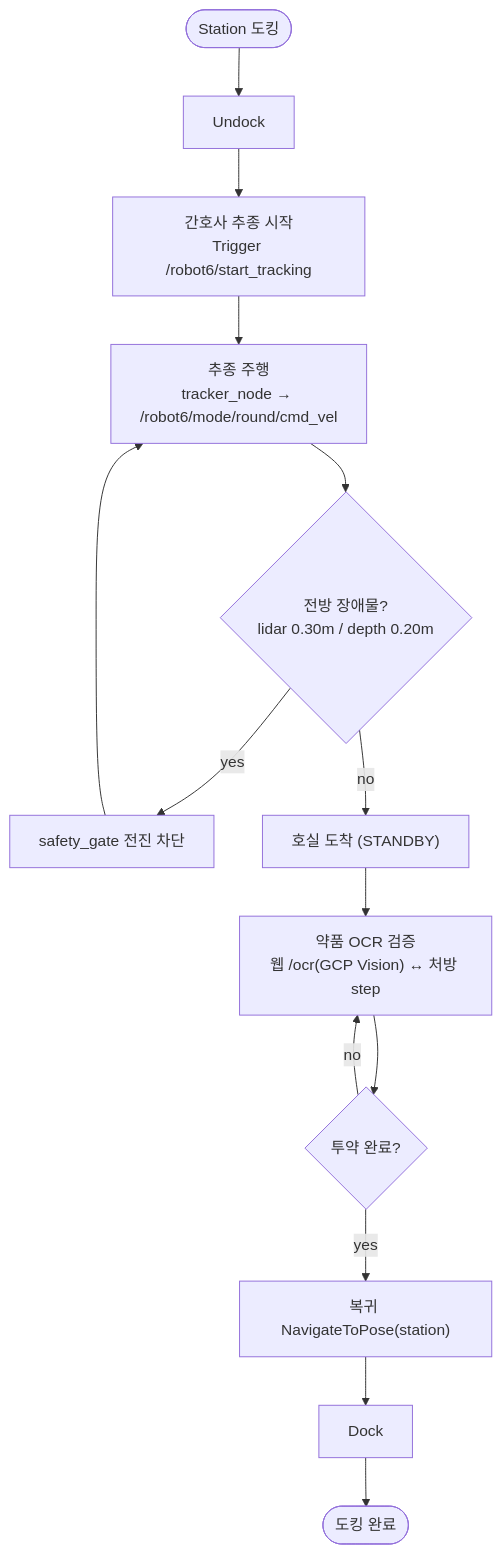
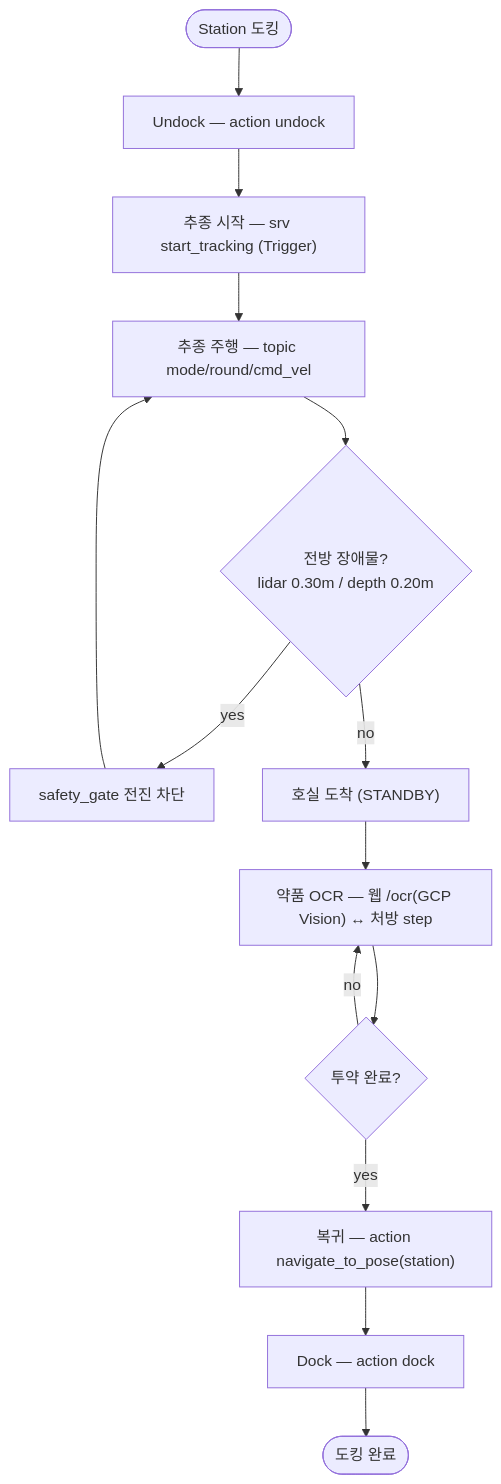
Diagram 14 of 15 in docs/architecture/05_mermaid_architecture.md (yevettee/MediCart), drawn with Mermaid before and after one commit. The commit also changed other lines of this file, not shown here.

Commit message:
docs(arch): 노드 역할(발행/구독/서비스/액션) + 통신 종류(topic/srv/action) 주석 + 범례·시퀀스·노드역할표 + cmd 큐우회 경로

````diff
--- a/docs/architecture/05_mermaid_architecture.md
+++ b/docs/architecture/05_mermaid_architecture.md
@@ -239,14 +364,14 @@
 ```mermaid
 flowchart TD
-  B0([Station 도킹]) --> BU["Undock"]
-  BU --> TR["간호사 추종 시작<br/>Trigger /robot6/start_tracking"]
-  TR --> FOL["추종 주행<br/>tracker_node → /robot6/mode/round/cmd_vel"]
+  B0([Station 도킹]) --> BU["Undock — action undock"]
+  BU --> TR["추종 시작 — srv start_tracking (Trigger)"]
+  TR --> FOL["추종 주행 — topic mode/round/cmd_vel"]
   FOL --> GATE{"전방 장애물?<br/>lidar 0.30m / depth 0.20m"}
   GATE -- yes --> STOP["safety_gate 전진 차단"] --> FOL
   GATE -- no --> ARR["호실 도착 (STANDBY)"]
-  ARR --> SC["약품 OCR 검증<br/>웹 /ocr(GCP Vision) ↔ 처방 step"]
+  ARR --> SC["약품 OCR — 웹 /ocr(GCP Vision) ↔ 처방 step"]
   SC --> Q2{"투약 완료?"}
   Q2 -- no --> SC
-  Q2 -- yes --> BR["복귀 NavigateToPose(station)"]
-  BR --> BD["Dock"] --> BE0([도킹 완료])
+  Q2 -- yes --> BR["복귀 — action navigate_to_pose(station)"]
+  BR --> BD["Dock — action dock"] --> BE0([도킹 완료])
 ```
````
